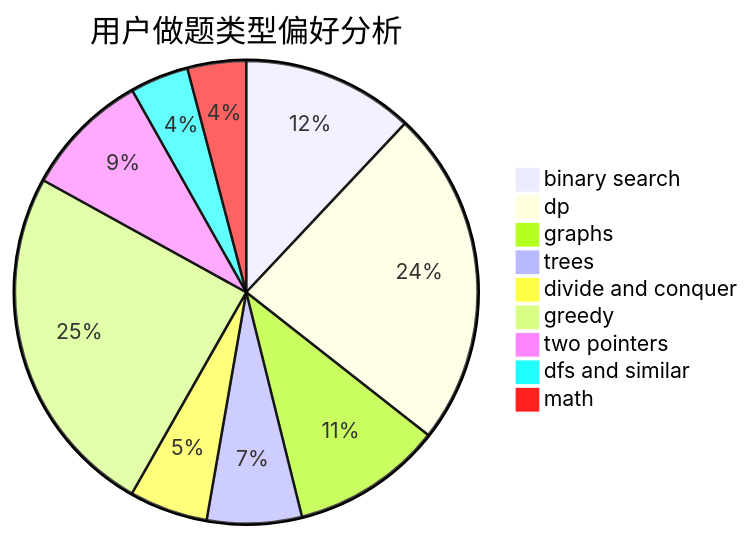
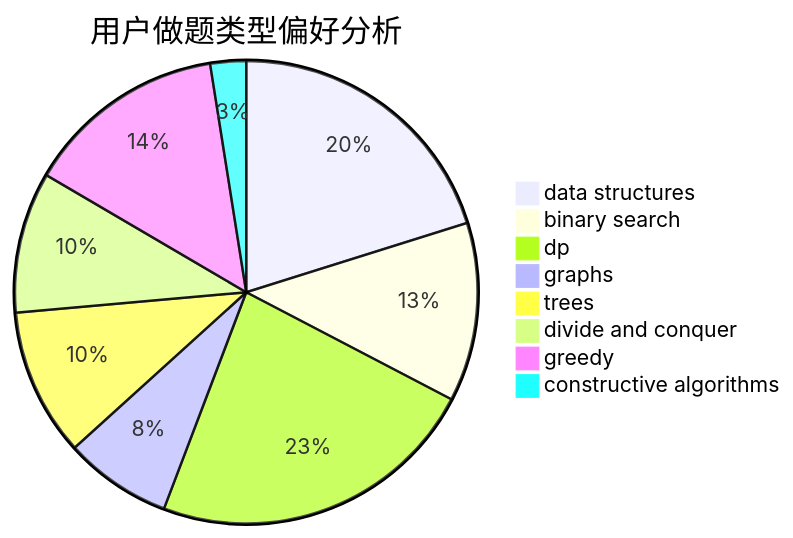
The second of 3 diagrams in docs/user/u191.md (sherpahu/cfrs.github.io), drawn with Mermaid before and after one commit. The commit also changed other lines of this file and 2775 other files, not shown here.

````diff
--- a/docs/user/u191.md
+++ b/docs/user/u191.md
@@ -23,12 +23,11 @@
 ```mermaid
 pie title 用户做题类型偏好分析
-    "binary search" :  138
-    "dp" :  271
-    "graphs" :  121
-    "trees" :  76
+    "data structures" :  129
+    "binary search" :  80
+    "dp" :  148
+    "graphs" :  48
+    "trees" :  66
     "divide and conquer" :  63
-    "greedy" :  285
-    "two pointers" :  101
-    "dfs and similar" :  47
-    "math" :  47
+    "greedy" :  90
+    "constructive algorithms" :  16
 ```
````
